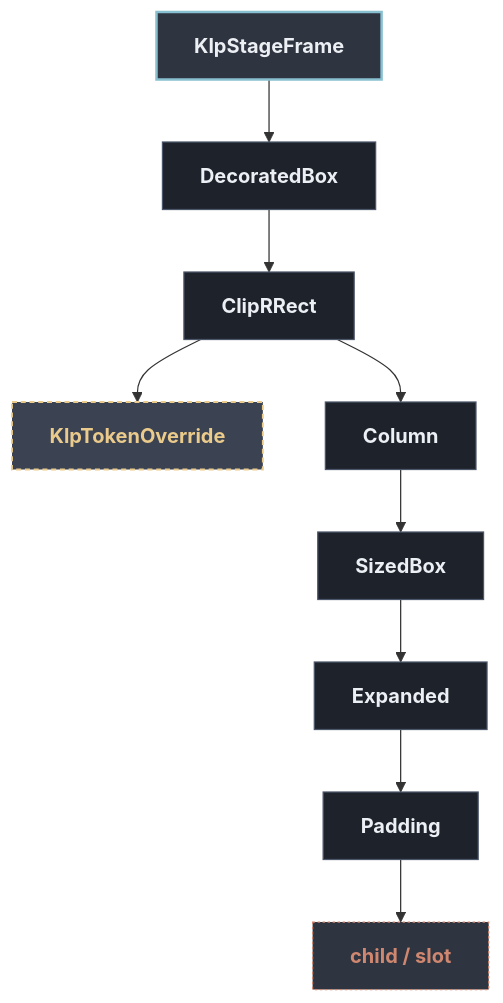
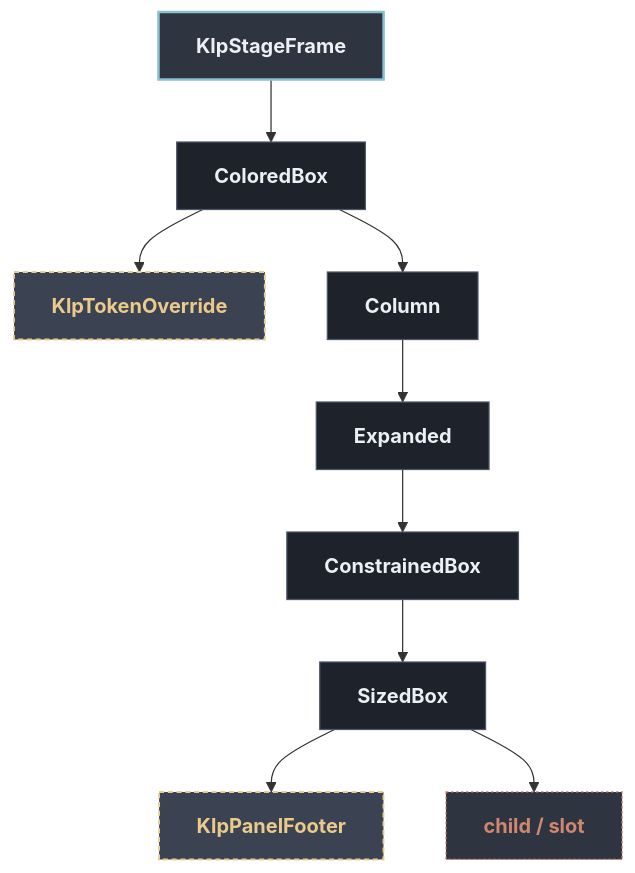
Before and after one commit to MiuDog/Kallopis: the diagram in docs/architecture/components/shell/klp_stage_frame.md, drawn with Mermaid. The commit also changed other lines of this file and 1105 other files, not shown here.

Commit message:
refactor: establish semantic design architecture

````diff
--- a/docs/architecture/components/shell/klp_stage_frame.md
+++ b/docs/architecture/components/shell/klp_stage_frame.md
@@ -13,26 +13,26 @@
 ```mermaid
 flowchart TD
   classDef default fill:#1E222B,stroke:#4C566A,stroke-width:1px,color:#ECEFF4;
   classDef root fill:#2E3440,stroke:#88C0D0,stroke-width:2px,color:#ECEFF4,font-weight:bold;
   classDef reference fill:#3B4252,stroke:#EBCB8B,stroke-width:1.5px,stroke-dasharray: 4 3,color:#EBCB8B;
   classDef container fill:#2E3440,stroke:#A3BE8C,stroke-width:1.5px,color:#A3BE8C;
   classDef slot fill:#2E3440,stroke:#D08770,stroke-width:1px,stroke-dasharray: 2 2,color:#D08770;
 
   root["KlpStageFrame"]:::root
-  n1["DecoratedBox"]
+  n1["ColoredBox"]
   root --> n1
-  n2["ClipRRect"]
+  n2["KlpTokenOverride"]:::reference
   n1 --> n2
-  n3["KlpTokenOverride"]:::reference
-  n2 --> n3
-  n4["Column"]
-  n2 --> n4
-  n5["SizedBox"]
+  n3["Column"]
+  n1 --> n3
+  n4["Expanded"]
+  n3 --> n4
+  n5["ConstrainedBox"]
   n4 --> n5
-  n6["Expanded"]
+  n6["SizedBox"]
   n5 --> n6
-  n7["Padding"]
+  n7["KlpPanelFooter"]:::reference
   n6 --> n7
   n8["child / slot"]:::slot
-  n7 --> n8
+  n6 --> n8
 ```
````
